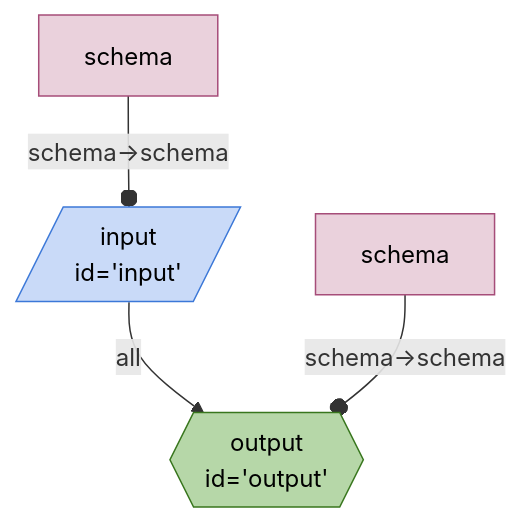
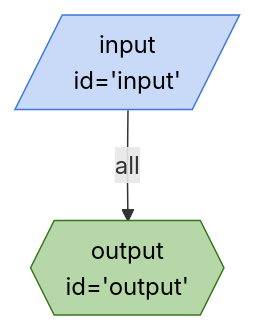
One commit to breadboard-ai/breadboard changed the diagram in seeds/breadboard-web/docs/graphs/list-files.md. Above: the diagram before and after it, drawn with Mermaid. The commit also changed 30 other files, not shown here.

````diff
--- a/seeds/breadboard-web/docs/graphs/list-files.md
+++ b/seeds/breadboard-web/docs/graphs/list-files.md
@@ -3,15 +3,13 @@
 ```mermaid
 %%{init: 'themeVariables': { 'fontFamily': 'Fira Code, monospace' }}%%
 graph TD;
 input[/"input <br> id='input'"/]:::input -- all --> output{{"output <br> id='output'"}}:::output
-schemainput[schema]:::config -- "schema->schema" --o input
-schemaoutput[schema]:::config -- "schema->schema" --o output
 classDef default stroke:#ffab40,fill:#fff2ccff,color:#000
 classDef input stroke:#3c78d8,fill:#c9daf8ff,color:#000
 classDef output stroke:#38761d,fill:#b6d7a8ff,color:#000
 classDef passthrough stroke:#a64d79,fill:#ead1dcff,color:#000
 classDef slot stroke:#a64d79,fill:#ead1dcff,color:#000
 classDef config stroke:#a64d79,fill:#ead1dcff,color:#000
 classDef secrets stroke:#db4437,fill:#f4cccc,color:#000
 classDef slotted stroke:#a64d79
 ```
````
